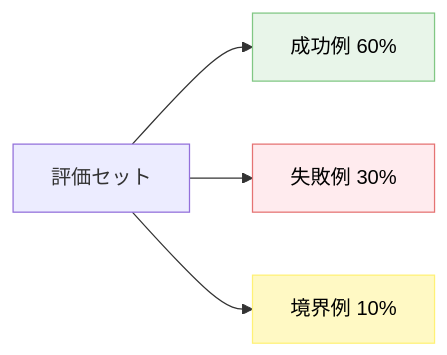
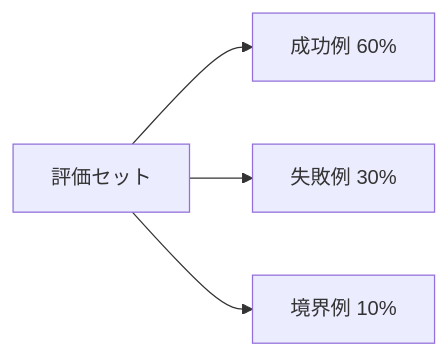
Before and after one commit to dinekt/dinekt-wiki: the second of 3 diagrams in docs/patterns/評価セット設計の-6-つのアンチパターン.md, drawn with Mermaid. The commit also changed other lines of this file and 70 other files, not shown here.

First line of the commit message:
fix(mermaid): strip all inline styling, rely on theme

````diff
--- a/docs/patterns/評価セット設計の-6-つのアンチパターン.md
+++ b/docs/patterns/評価セット設計の-6-つのアンチパターン.md
@@ -51,10 +51,7 @@
 ```mermaid
 flowchart LR
     E[評価セット] --> S[成功例 60%]
     E --> F[失敗例 30%]
     E --> B[境界例 10%]
 
-    style S fill:#e8f5e9,stroke:#81c784,color:#000
-    style F fill:#ffebee,stroke:#e57373,color:#000
-    style B fill:#fff9c4,stroke:#fff176,color:#000
 ```
````
